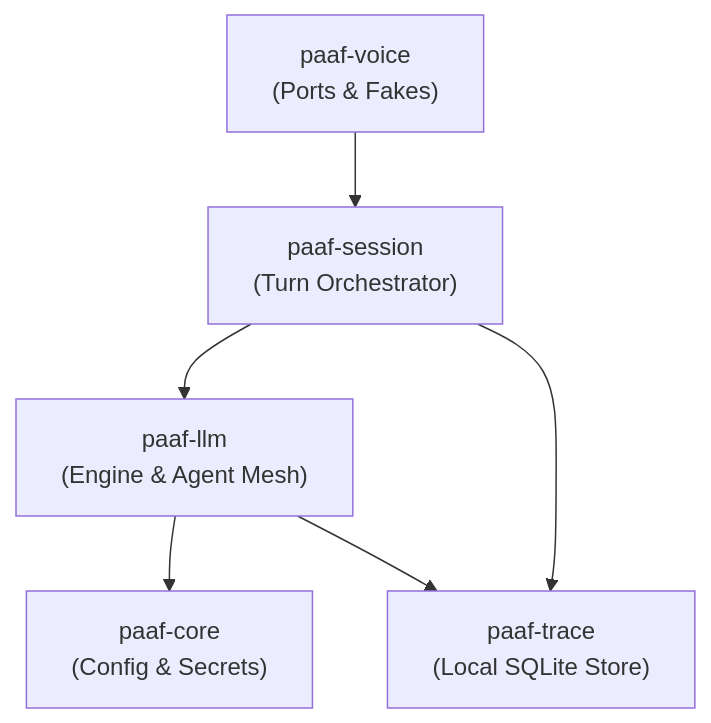
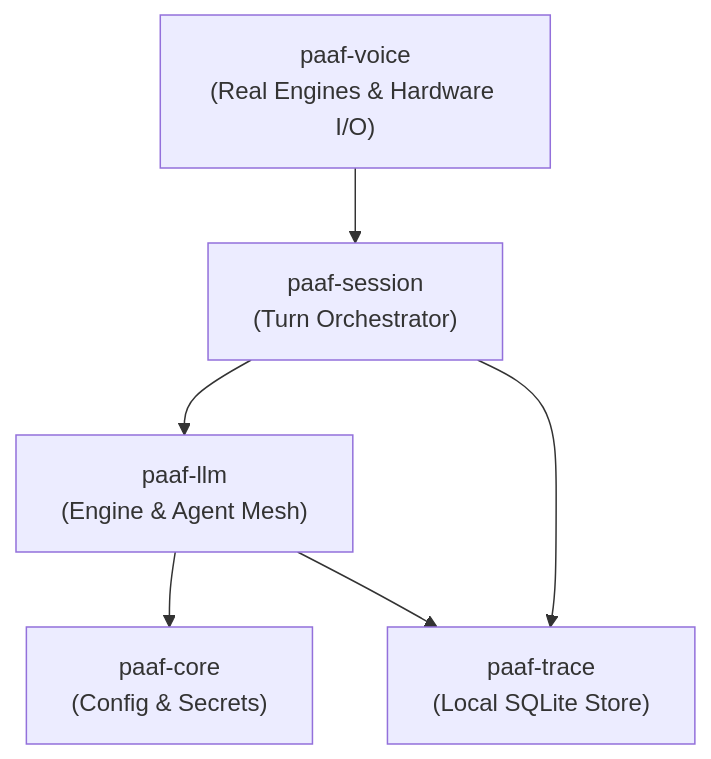
Before and after one commit to cann1neof/paaf: the diagram in ARCHITECTURE.md, drawn with Mermaid. The commit also changed other lines of this file and 5 other files, not shown here.

````diff
--- a/ARCHITECTURE.md
+++ b/ARCHITECTURE.md
@@ -151,8 +173,8 @@
 ```mermaid
 graph TD
-    Voice["paaf-voice<br/>(Ports & Fakes)"] --> Session["paaf-session<br/>(Turn Orchestrator)"]
+    Voice["paaf-voice<br/>(Real Engines & Hardware I/O)"] --> Session["paaf-session<br/>(Turn Orchestrator)"]
     Session --> LLM["paaf-llm<br/>(Engine & Agent Mesh)"]
     LLM --> Core["paaf-core<br/>(Config & Secrets)"]
     LLM --> Trace["paaf-trace<br/>(Local SQLite Store)"]
     Session --> Trace
 ```
````
